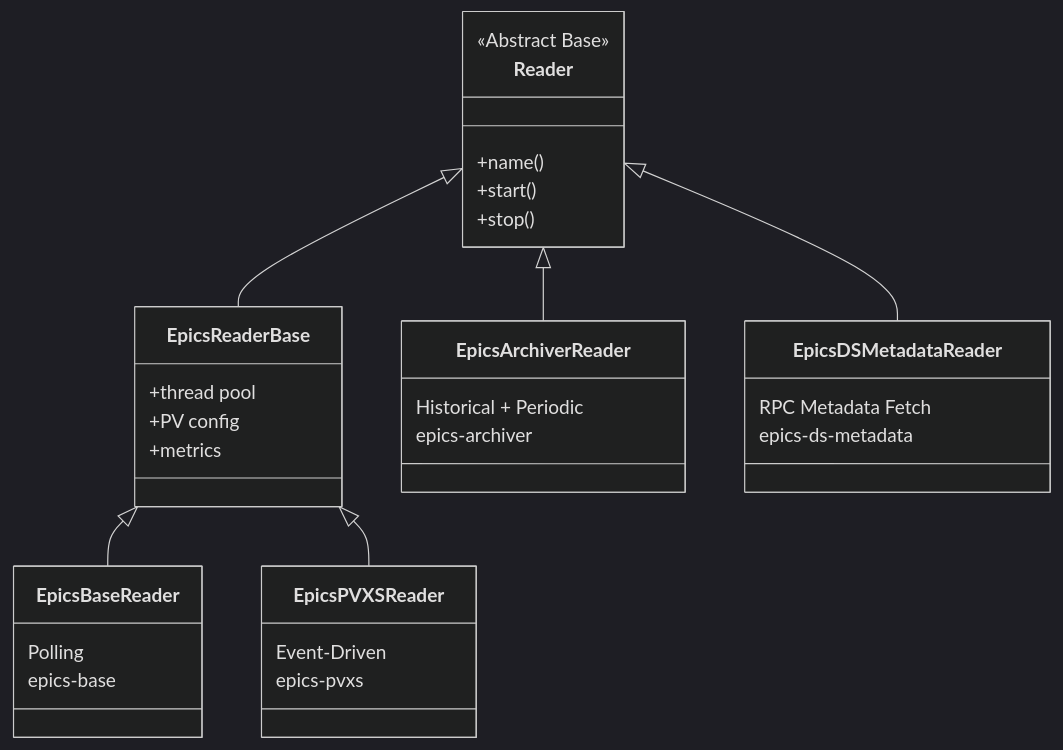
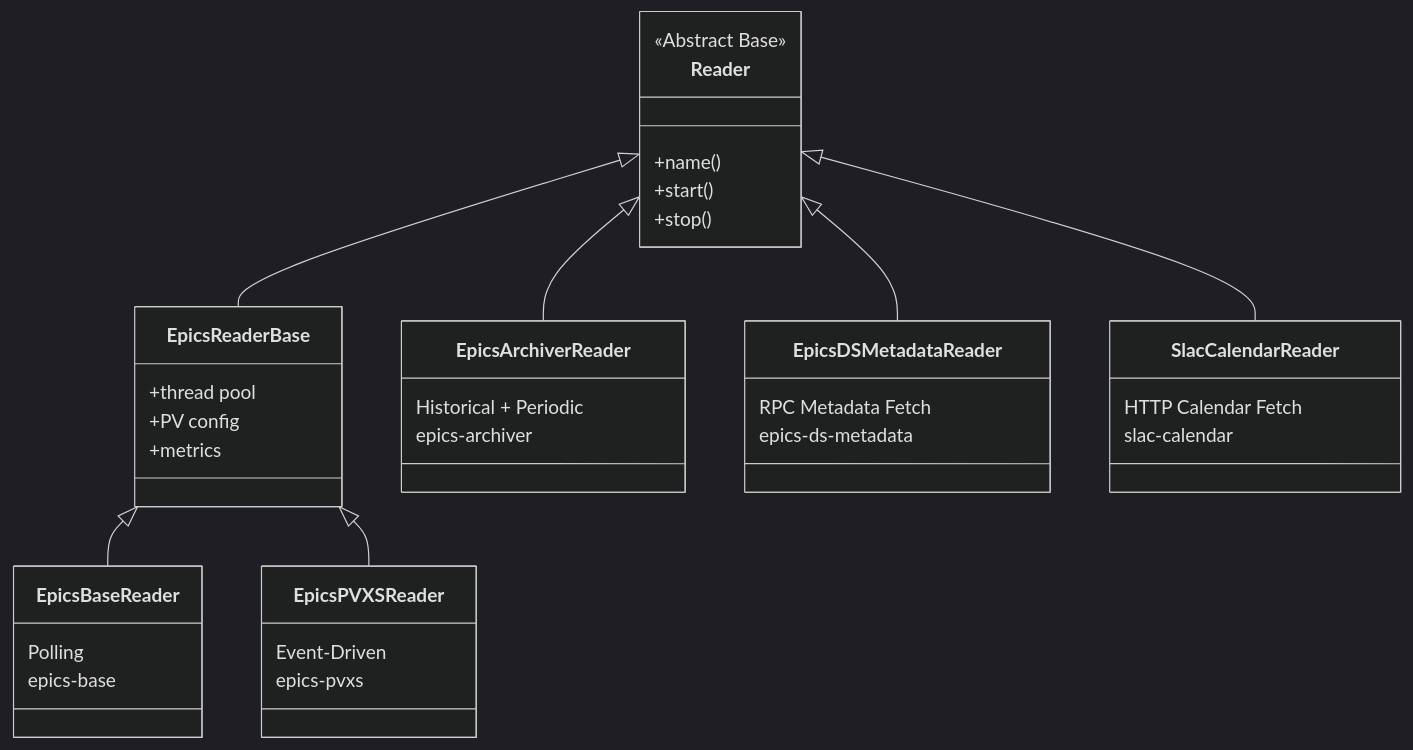
One commit to slaclab/mldp-pvxs-driver changed the diagram in docs/readers/readers.md. Above: the diagram before and after it, drawn with Mermaid (dark theme). The commit also changed other lines of this file and 17 other files, not shown here.

````diff
--- a/docs/readers/readers.md
+++ b/docs/readers/readers.md
@@ -33,41 +35,47 @@
 ```mermaid
 classDiagram
     class Reader {
         <<Abstract Base>>
         +name()
         +start()
         +stop()
     }
 
     class EpicsReaderBase {
         +thread pool
         +PV config
         +metrics
     }
 
     class EpicsBaseReader {
         Polling
         epics-base
     }
 
     class EpicsPVXSReader {
         Event-Driven
         epics-pvxs
     }
 
     class EpicsArchiverReader {
         Historical + Periodic
         epics-archiver
     }
 
     class EpicsDSMetadataReader {
         RPC Metadata Fetch
         epics-ds-metadata
     }
 
+    class SlacCalendarReader {
+        HTTP Calendar Fetch
+        slac-calendar
+    }
+
     Reader <|-- EpicsReaderBase
     Reader <|-- EpicsArchiverReader
     Reader <|-- EpicsDSMetadataReader
+    Reader <|-- SlacCalendarReader
     EpicsReaderBase <|-- EpicsBaseReader
     EpicsReaderBase <|-- EpicsPVXSReader
 ```
````
